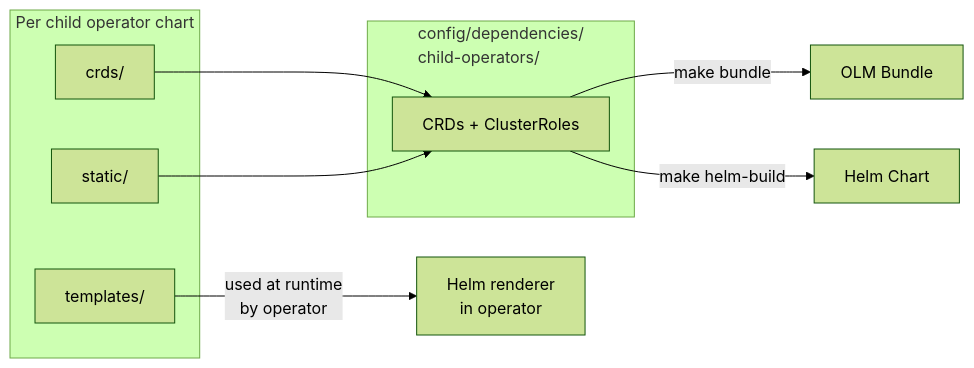
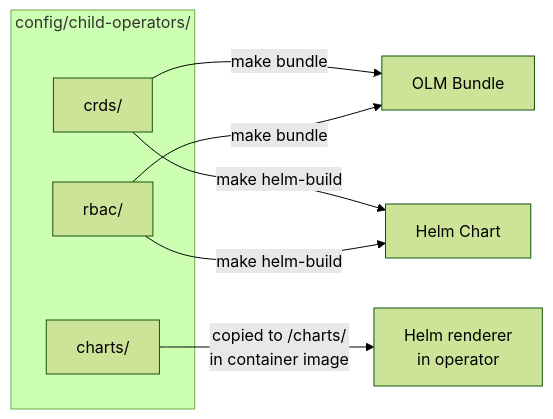
One commit to Kuadrant/kuadrant-operator changed the second of 6 diagrams in docs/olmv1-phase1-architecture.md. Above: the diagram before and after it, drawn with Mermaid (forest theme). The commit also changed other lines of this file and 83 other files, not shown here.

First line of the commit message:
refactor: Go sync tool and config/child-operators restructure

````diff
--- a/docs/olmv1-phase1-architecture.md
+++ b/docs/olmv1-phase1-architecture.md
@@ -54,19 +59,14 @@
 ```mermaid
 graph LR
-    subgraph local["Per child operator chart"]
+    subgraph local["config/child-operators/"]
         CRDs["crds/"]
-        CR["static/"]
-        TPL["templates/"]
+        RBAC["rbac/"]
+        CHARTS["charts/"]
     end
 
-    subgraph deps["config/dependencies/<br/>child-operators/"]
-        DEP["CRDs + ClusterRoles"]
-    end
-
-    CRDs --> DEP
-    CR --> DEP
-
-    DEP -->|"make bundle"| BUNDLE["OLM Bundle"]
-    DEP -->|"make helm-build"| HELM["Helm Chart"]
-    TPL -->|"used at runtime<br/>by operator"| RUNTIME["Helm renderer<br/>in operator"]
+    CRDs -->|"make bundle"| BUNDLE["OLM Bundle"]
+    RBAC -->|"make bundle"| BUNDLE
+    CRDs -->|"make helm-build"| HELM["Helm Chart"]
+    RBAC -->|"make helm-build"| HELM
+    CHARTS -->|"copied to /charts/<br/>in container image"| RUNTIME["Helm renderer<br/>in operator"]
 ```
````
